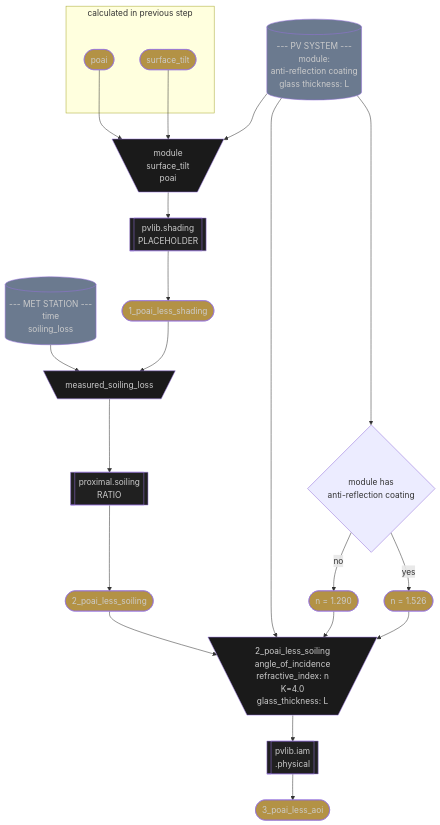
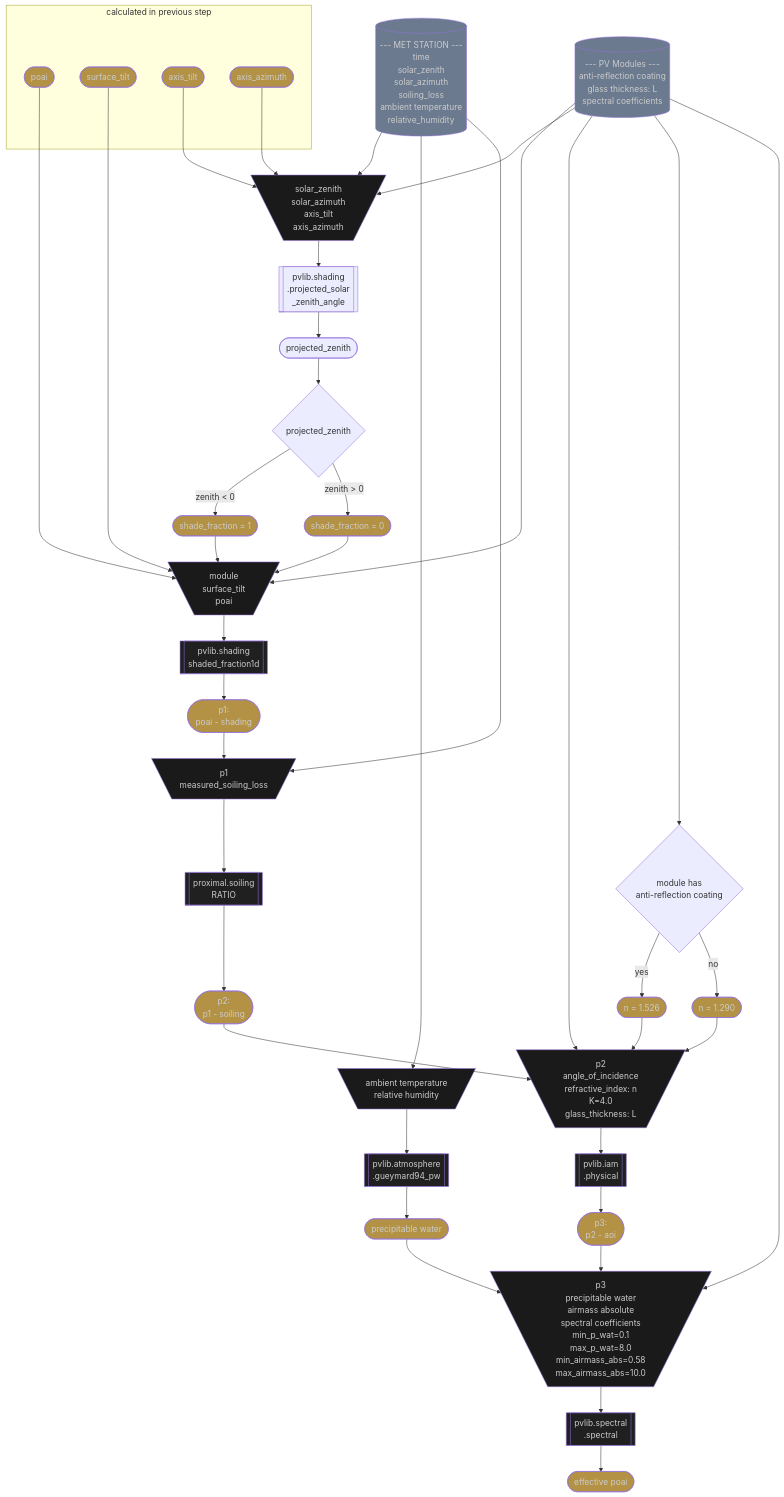
One commit to ProximalEnergy/docs-mdbook changed the second of 2 diagrams in src/pv_performance/effective_plane_of_array_irradiance.md. Above: the diagram before and after it, drawn with Mermaid. The commit also changed other lines of this file, not shown here.

Commit message:
tentative finish on effective poai

````diff
--- a/src/pv_performance/effective_plane_of_array_irradiance.md
+++ b/src/pv_performance/effective_plane_of_array_irradiance.md
@@ -58,18 +59,28 @@
   met_station[(
     --- MET STATION ---
     time
+    solar_zenith
+    solar_azimuth
     soiling_loss
+    ambient temperature
+    relative_humidity
   )]:::source
+  met_station --> calc_projected_zenith_inputs
+  met_station --> calc_p_wat_inputs
+
   met_station --> calc_soiling_inputs
 
   pv_system[(
-    --- PV SYSTEM ---
-    module:
-      anti-reflection coating
-      glass thickness: L
+    --- PV Modules ---
+    anti-reflection coating
+    glass thickness: L
+    spectral coefficients
   )]:::source
+  pv_system --> calc_projected_zenith_inputs
+  pv_system --> calc_shading_inputs
+  pv_system --> calc_aoi_inputs
   pv_system --> calc_refractive_index
-  pv_system --> calc_aoi_inputs
+  pv_system --> calc_spectral_inputs
 
   subgraph calculated in previous step
     %% --- POAI ---
@@ -81,13 +92,62 @@
     surface_angles([
       surface_tilt
     ]):::outputs
+
+    %% --- Axis Tilts
+    axis_tilt([
+      axis_tilt
+    ]):::outputs
+
+    %% --- Axis Azimuths
+    axis_azimuth([
+      axis_azimuth
+    ]):::outputs
   end
 
   poai --> calc_shading_inputs
-  pv_system --> calc_shading_inputs
   surface_angles --> calc_shading_inputs
+  axis_azimuth --> calc_projected_zenith_inputs
+  axis_tilt --> calc_projected_zenith_inputs
+
 
   %% --- SHADING ---
+  calc_projected_zenith_inputs[\
+    solar_zenith
+    solar_azimuth
+    axis_tilt
+    axis_azimuth
+    /]:::inputs
+  calc_projected_zenith_inputs --> calc_projected_zenith
+
+  calc_projected_zenith[[
+    pvlib.shading
+    .projected_solar
+    _zenith_angle
+  ]]
+  calc_projected_zenith --> calc_projected_zenith_outputs
+
+  calc_projected_zenith_outputs([
+    projected_zenith
+  ])
+  calc_projected_zenith_outputs -->
+  determine_direction
+
+  determine_direction{
+    projected_zenith
+  }
+  determine_direction -->|zenith < 0| shade_fraction_1
+  determine_direction -->|zenith > 0| shade_fraction_2
+
+  shade_fraction_1([
+    shade_fraction = 1
+  ]):::outputs
+  shade_fraction_1 --> calc_shading_inputs
+
+  shade_fraction_2([
+    shade_fraction = 0
+  ]):::outputs
+  shade_fraction_2 --> calc_shading_inputs
+
   calc_shading_inputs[\
     module
     surface_tilt
@@ -97,17 +157,19 @@
 
   calc_shading[[
     pvlib.shading
-    PLACEHOLDER
+    shaded_fraction1d
     ]]:::model
   calc_shading --> calc_shading_outputs
 
   calc_shading_outputs([
-    1_poai_less_shading
+    p1:
+    poai - shading
   ]):::outputs
   calc_shading_outputs --> calc_soiling_inputs
 
   %% --- SOILING ---
   calc_soiling_inputs[\
+    p1
     measured_soiling_loss
     /]:::inputs
     calc_soiling_inputs --> calc_soiling
@@ -119,7 +181,8 @@
   calc_soiling --> calc_soiling_outputs
 
   calc_soiling_outputs([
-    2_poai_less_soiling
+    p2:
+    p1 - soiling
   ]):::outputs
   calc_soiling_outputs --> calc_aoi_inputs
 
@@ -144,7 +207,7 @@
 
   %% --- AOI ---
   calc_aoi_inputs[\
-    2_poai_less_soiling
+    p2
     angle_of_incidence
     refractive_index: n
     K=4.0
@@ -159,8 +222,49 @@
   calc_aoi --> calc_aoi_outputs
 
   calc_aoi_outputs([
-    3_poai_less_aoi
+    p3:
+    p2 - aoi
+  ]):::outputs
+  calc_aoi_outputs --> calc_spectral_inputs
+
+  %% --- SPECTRAL ---
+  calc_p_wat_inputs[\
+    ambient temperature
+    relative humidity
+    /]:::inputs
+  calc_p_wat_inputs --> calc_p_wat
+
+  calc_p_wat[[
+      pvlib.atmosphere
+      .gueymard94_pw
+  ]]:::model
+  calc_p_wat --> calc_p_wat_outputs
+
+  calc_p_wat_outputs([
+    precipitable water
+   ]):::outputs
+  calc_p_wat_outputs --> calc_spectral_inputs
+
+  calc_spectral_inputs[\
+    p3
+    precipitable water
+    airmass absolute
+    spectral coefficients
+    min_p_wat=0.1
+    max_p_wat=8.0
+    min_airmass_abs=0.58
+    max_airmass_abs=10.0
+    /]:::inputs
+  calc_spectral_inputs --> calc_spectral
+
+  calc_spectral[[
+    pvlib.spectral
+    .spectral
+    ]]:::model
+  calc_spectral --> calc_spectral_outputs
+
+  calc_spectral_outputs([
+    effective poai
   ]):::outputs
 
-
   ```
````
